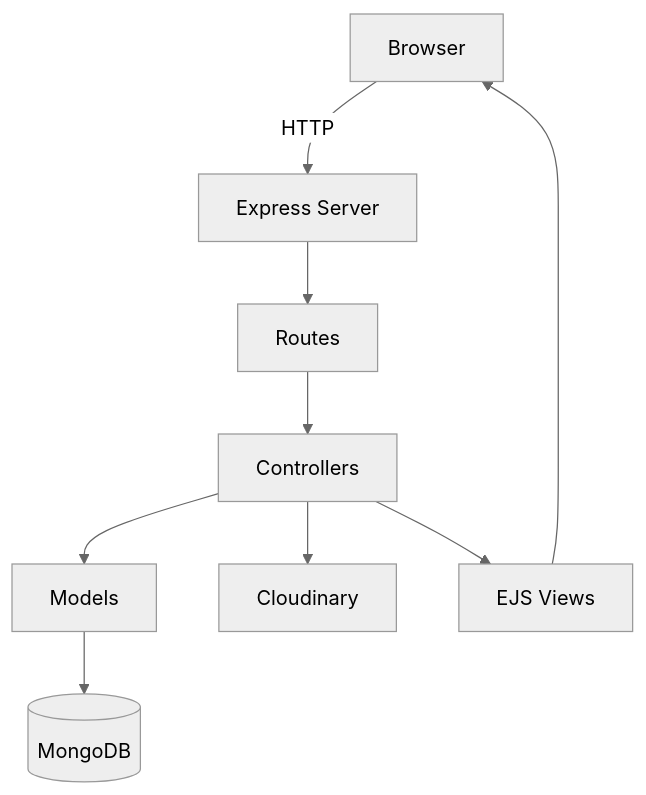
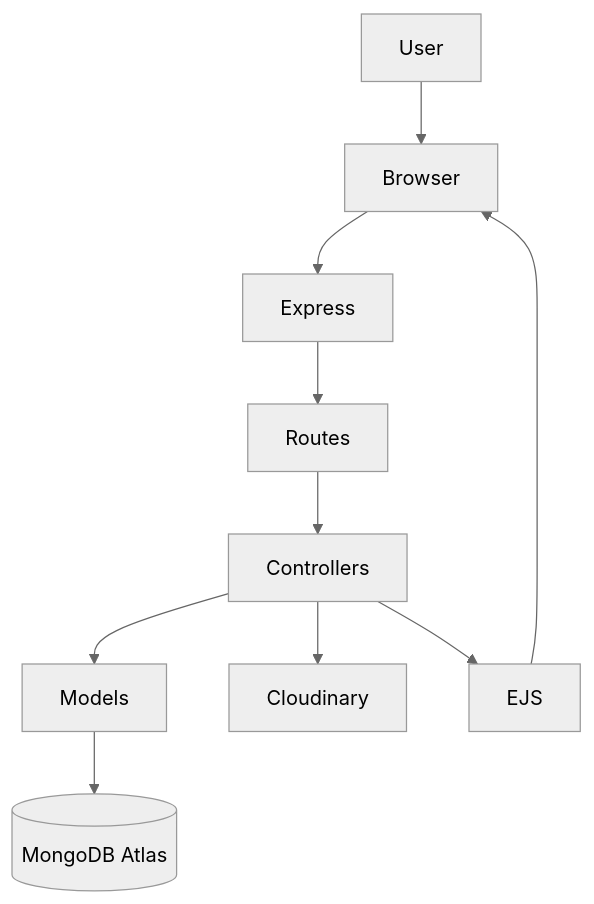
Before and after one commit to sandeepkumaryadav05/majorproject: the first of 6 diagrams in README.md, drawn with Mermaid (neutral theme). The commit also changed other lines of this file, not shown here.

````diff
--- a/README.md
+++ b/README.md
@@ -65,20 +57,12 @@
-``` mermaid
+```mermaid
 graph TD
-A[Browser]
-B[Express Server]
-C[Routes]
-D[Controllers]
-E[Models]
-F[(MongoDB)]
-G[Cloudinary]
-H[EJS Views]
-
-A -->|HTTP| B
-B --> C
-C --> D
-D --> E
-E --> F
-D --> G
-D --> H
-H --> A
+User --> Browser
+Browser --> Express
+Express --> Routes
+Routes --> Controllers
+Controllers --> Models
+Models --> MongoDB[(MongoDB Atlas)]
+Controllers --> Cloudinary
+Controllers --> EJS
+EJS --> Browser
 ```
````
